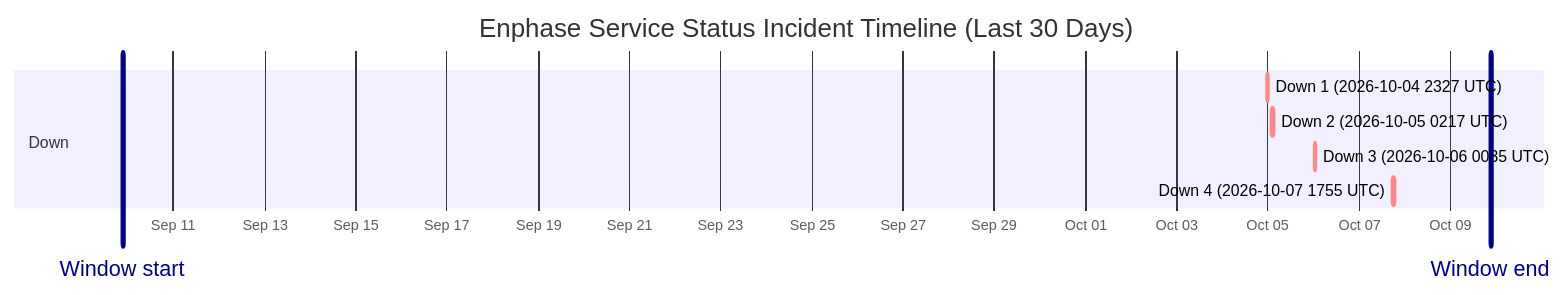
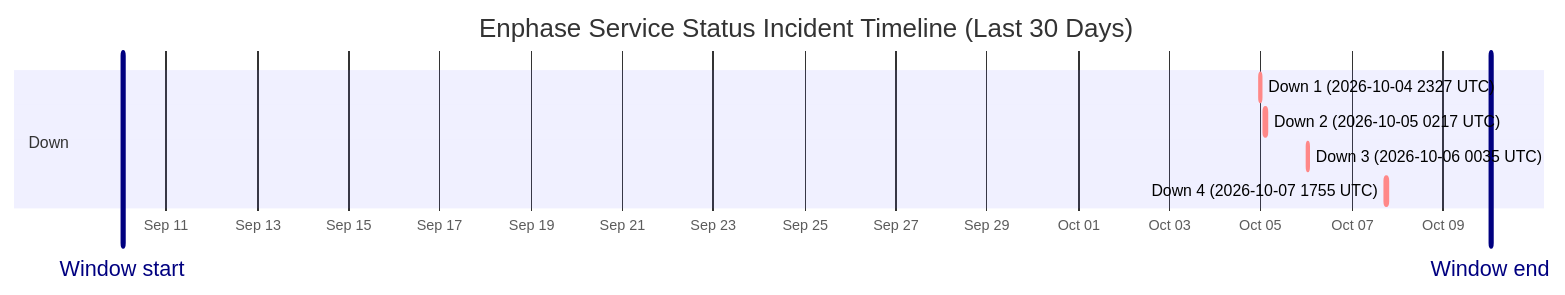
The diagram in wiki/Service-Status-History.md (barneyonline/ha-enphase-energy), drawn with Mermaid before and after one commit. The commit also changed other lines of this file and 3 other files, not shown here.

````diff
--- a/wiki/Service-Status-History.md
+++ b/wiki/Service-Status-History.md
@@ -14,13 +14,13 @@
 ```mermaid
 gantt
     title Enphase Service Status Incident Timeline (Last 30 Days)
     dateFormat  YYYY-MM-DDTHH:mm:ss
     axisFormat  %b %d
-    Window start :vert, window-start, 2026-09-09T21:07:33, 0ms
-    Window end :vert, window-end, 2026-10-09T21:07:33, 0ms
+    Window start :vert, window-start, 2026-09-10T01:05:25, 0ms
+    Window end :vert, window-end, 2026-10-10T01:05:25, 0ms
     section Down
     Down 1 (2026-10-04 2327 UTC) :crit, down-1, 2026-10-04T23:27:34, 60m
     Down 2 (2026-10-05 0217 UTC) :crit, down-2, 2026-10-05T02:17:30, 60m
     Down 3 (2026-10-06 0035 UTC) :crit, down-3, 2026-10-06T00:35:21, 60m
     Down 4 (2026-10-07 1755 UTC) :crit, down-4, 2026-10-07T17:55:16, 60m
 ```
````
